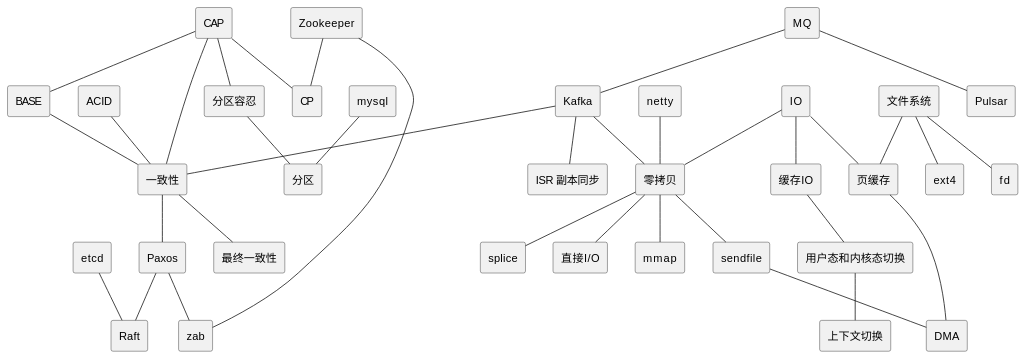
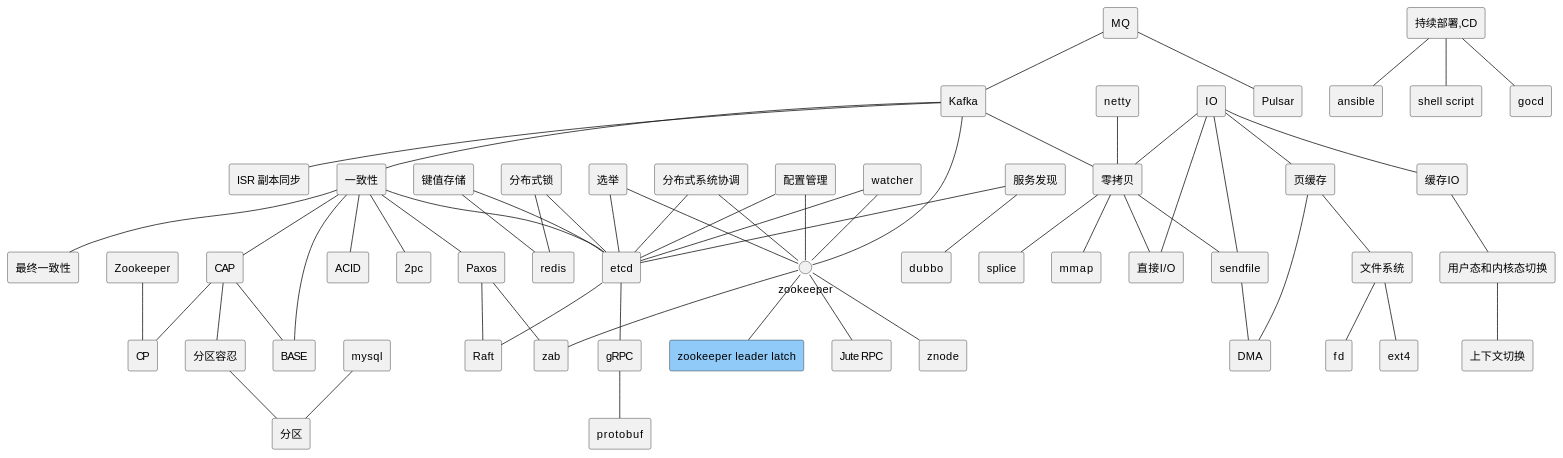
One commit to wiloon/blog changed the diagram in content/post/archive-1/2015-08-06-dev.md. Above: the diagram before and after it, drawn with PlantUML.

````diff
--- a/content/post/archive-1/2015-08-06-dev.md
+++ b/content/post/archive-1/2015-08-06-dev.md
@@ -124,18 +124,38 @@
 [ext4]
 [Paxos] as paxos
 [Zookeeper] as zookeepr
+[持续部署,CD] as cd
+[ansible]
+[shell script] as shell
+[gocd]
+[分布式系统协调] as coordinate
 [etcd]
 [Raft] as raft
+[分布式锁] as lockd
+[redis]
+[配置管理] as config
+[服务发现] as sd
+[dubbo]
+[gRPC] as grpc
+[Jute RPC] as jute
+[protobuf]
+[键值存储] as kv
 [zab]
-
+[watcher]
+[znode]
+[选举] as leader_latch
+[2pc]
+[zookeeper leader latch] as zookeeper_leader_latch #90CAF9
 kafka--consistency
 cap--base
-cap--consistency
+consistency--cap
 partition_tolerance--partition
 mysql--partition
 consistency--eventual_consistency
-acid--consistency
-base--consistency
+consistency--acid
+consistency--base
+consistency--2pc
+consistency--paxos
 cap--partition_tolerance
 mq--kafka
 mq--pulsar
@@ -143,9 +163,11 @@
 netty--zero_copy
 io--page_cache
 io--buffered_io
+io--sendfile
 page_cache--dma
-file_system--page_cache
+page_cache--file_system
 io--zero_copy
+io--direct_io
 zero_copy--direct_io
 zero_copy--mmap
 zero_copy--sendfile
@@ -155,13 +177,37 @@
 user_kernal_switch--context_switch
 file_system--fd
 file_system--ext4
-consistency--paxos
+cd--ansible
+cd--shell
+cd--gocd
+kafka--zookeeper
+coordinate--zookeeper
+coordinate--etcd
+lockd--redis
+lockd--etcd
+config--etcd
+config--zookeeper
+sd--etcd
+sd--dubbo
+etcd--grpc
+zookeeper--jute
+grpc--protobuf
+kv--etcd
+kv--redis
+consistency--etcd
+etcd--raft
+zookeeper--zab
+zookeeper--zookeeper_leader_latch
 zookeepr--cp
 cap--cp
-zookeepr--zab
-etcd--raft
+watcher--zookeeper
+watcher--etcd
+zookeeper--znode
+paxos--raft
 paxos--zab
-paxos--raft
+leader_latch--zookeeper
+leader_latch--etcd
 kafka--isr
 @enduml
+
 ```
````
